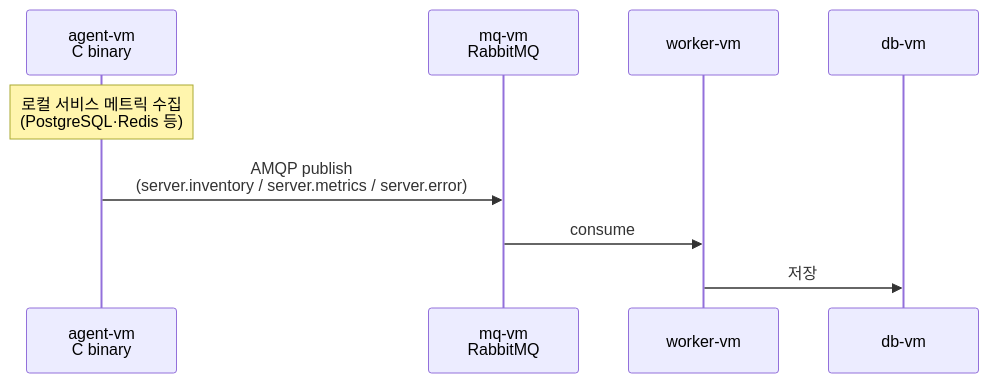
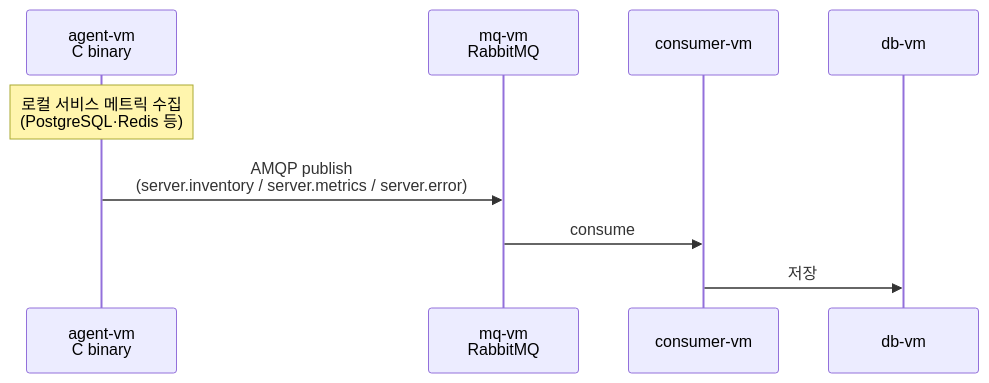
One commit to z-converter-assessment/assessment-infra changed the second of 3 diagrams in docs/architecture/runtime.md. Above: the diagram before and after it, drawn with Mermaid. The commit also changed other lines of this file and 17 other files, not shown here.

First line of the commit message:
refactor(engine): worker → consumer 전체 rename

````diff
--- a/docs/architecture/runtime.md
+++ b/docs/architecture/runtime.md
@@ -30,12 +30,12 @@
 ```mermaid
 sequenceDiagram
   participant Agent as agent-vm<br/>C binary
   participant MQ as mq-vm<br/>RabbitMQ
-  participant Worker as worker-vm
+  participant Worker as consumer-vm
   participant DB as db-vm
 
   Note over Agent: 로컬 서비스 메트릭 수집<br/>(PostgreSQL·Redis 등)
   Agent->>MQ: AMQP publish<br/>(server.inventory / server.metrics / server.error)
   MQ->>Worker: consume
   Worker->>DB: 저장
 ```
````
